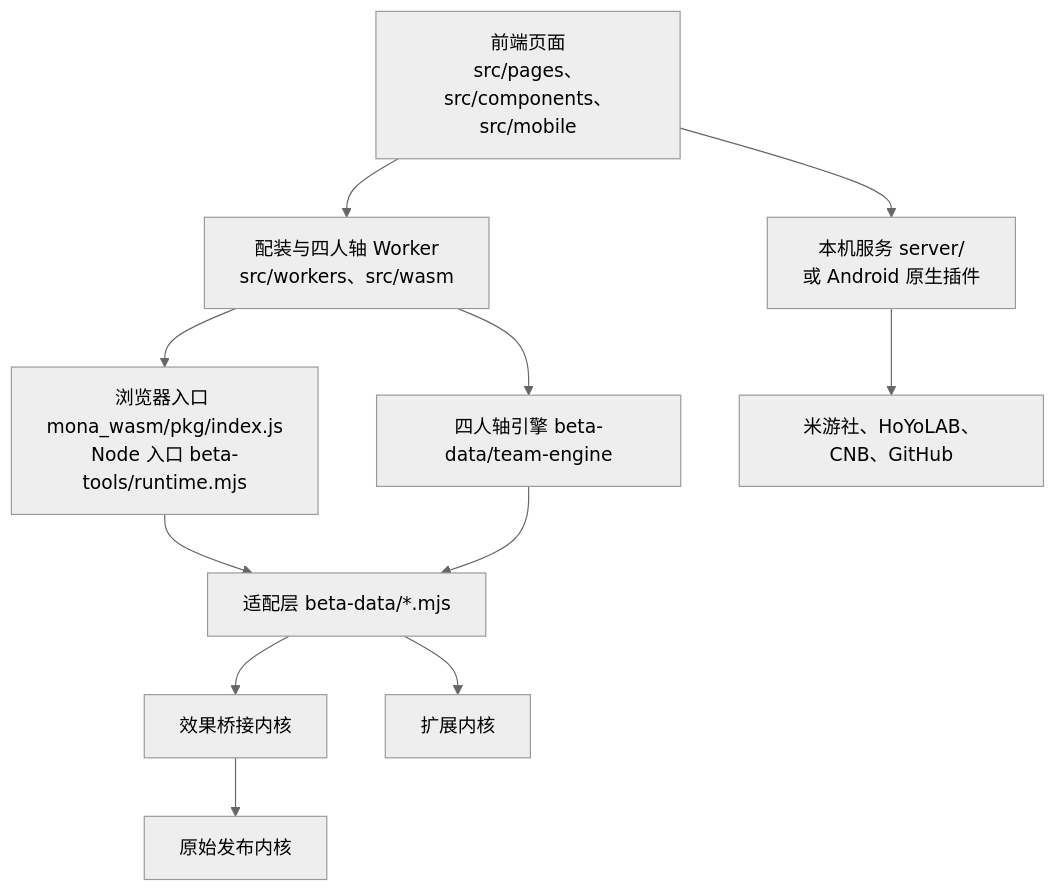
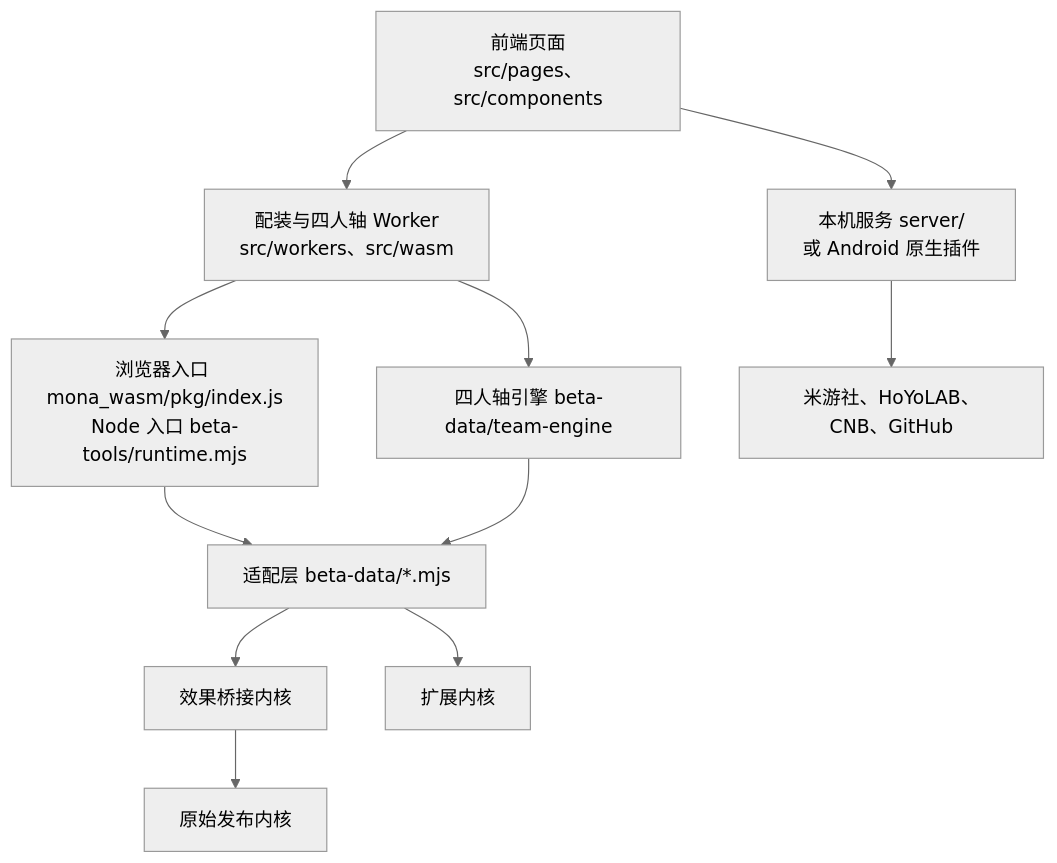
Before and after one commit to TwiceDrop/genshin_artifact: the diagram in docs/dev/architecture.md, drawn with Mermaid (neutral theme). The commit also changed other lines of this file and 40 other files, not shown here.

````diff
--- a/docs/dev/architecture.md
+++ b/docs/dev/architecture.md
@@ -7,19 +7,19 @@
 ```mermaid
 flowchart TD
-    UI[前端页面<br/>src/pages、src/components、src/mobile]
+    UI[前端页面<br/>src/pages、src/components]
     Worker[配装与四人轴 Worker<br/>src/workers、src/wasm]
     Entry[浏览器入口 mona_wasm/pkg/index.js<br/>Node 入口 beta-tools/runtime.mjs]
     Adapter[适配层 beta-data/*.mjs]
     Team[四人轴引擎 beta-data/team-engine]
     Original[原始发布内核]
     Bridge[效果桥接内核]
     Ext[扩展内核]
     Local[本机服务 server/<br/>或 Android 原生插件]
     Remote[米游社、HoYoLAB、CNB、GitHub]
 
     UI --> Worker --> Entry --> Adapter
     Adapter --> Bridge --> Original
     Adapter --> Ext
     Worker --> Team --> Adapter
     UI --> Local --> Remote
 ```
````
